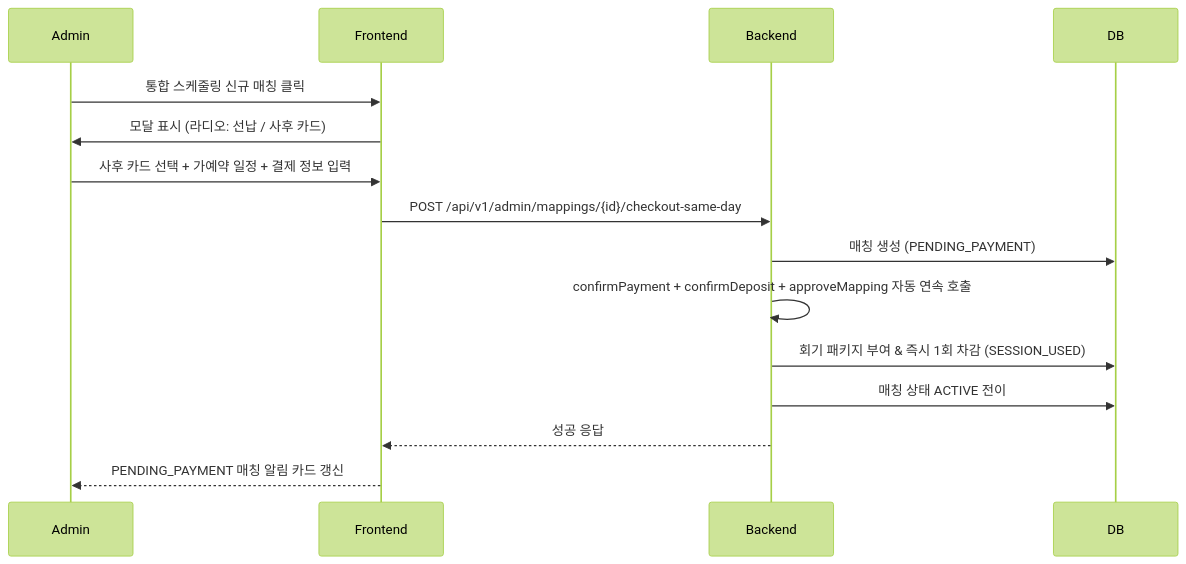
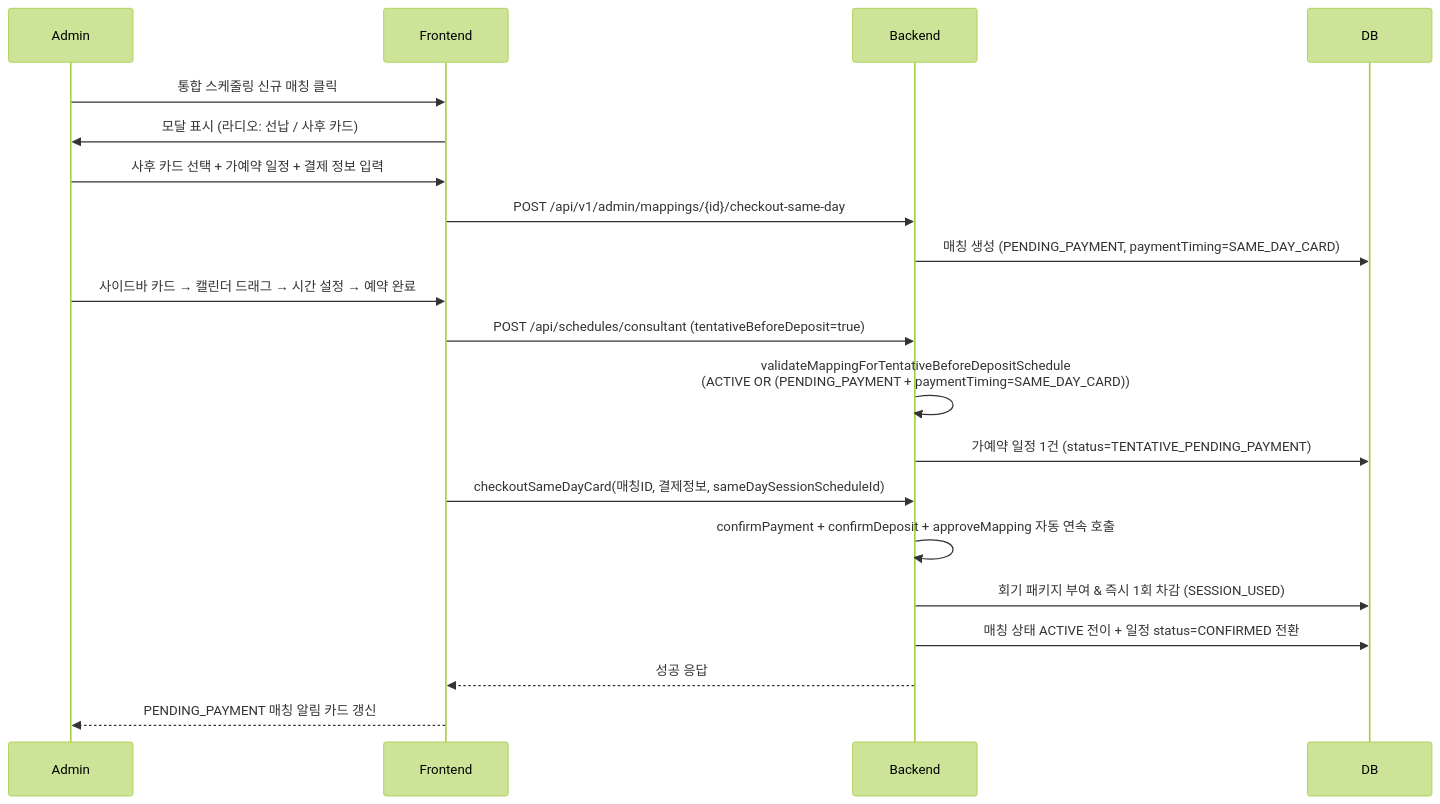
The diagram in docs/project-management/2026-05-28/OPTION_B_RESERVATION_FIRST_PLAN.md (beta0629/MindGarden), drawn with Mermaid (forest theme) before and after one commit. The commit also changed other lines of this file and 4 other files, not shown here.

First line of the commit message:
fix(schedule): 옵션 B SAME_DAY_CARD 매칭 가예약 일정 생성 가드 분기 추가 (P0)

````diff
--- a/docs/project-management/2026-05-28/OPTION_B_RESERVATION_FIRST_PLAN.md
+++ b/docs/project-management/2026-05-28/OPTION_B_RESERVATION_FIRST_PLAN.md
@@ -18,18 +18,23 @@
 ```mermaid
 sequenceDiagram
     participant Admin
     participant Frontend
     participant Backend
     participant DB
 
     Admin->>Frontend: 통합 스케줄링 신규 매칭 클릭
     Frontend->>Admin: 모달 표시 (라디오: 선납 / 사후 카드)
     Admin->>Frontend: 사후 카드 선택 + 가예약 일정 + 결제 정보 입력
     Frontend->>Backend: POST /api/v1/admin/mappings/{id}/checkout-same-day
-    Backend->>DB: 매칭 생성 (PENDING_PAYMENT)
+    Backend->>DB: 매칭 생성 (PENDING_PAYMENT, paymentTiming=SAME_DAY_CARD)
+    Admin->>Frontend: 사이드바 카드 → 캘린더 드래그 → 시간 설정 → 예약 완료
+    Frontend->>Backend: POST /api/schedules/consultant (tentativeBeforeDeposit=true)
+    Backend->>Backend: validateMappingForTentativeBeforeDepositSchedule<br/>(ACTIVE OR (PENDING_PAYMENT + paymentTiming=SAME_DAY_CARD))
+    Backend->>DB: 가예약 일정 1건 (status=TENTATIVE_PENDING_PAYMENT)
+    Frontend->>Backend: checkoutSameDayCard(매칭ID, 결제정보, sameDaySessionScheduleId)
     Backend->>Backend: confirmPayment + confirmDeposit + approveMapping 자동 연속 호출
     Backend->>DB: 회기 패키지 부여 & 즉시 1회 차감 (SESSION_USED)
-    Backend->>DB: 매칭 상태 ACTIVE 전이
+    Backend->>DB: 매칭 상태 ACTIVE 전이 + 일정 status=CONFIRMED 전환
     Backend-->>Frontend: 성공 응답
     Frontend-->>Admin: PENDING_PAYMENT 매칭 알림 카드 갱신
 ```
````
